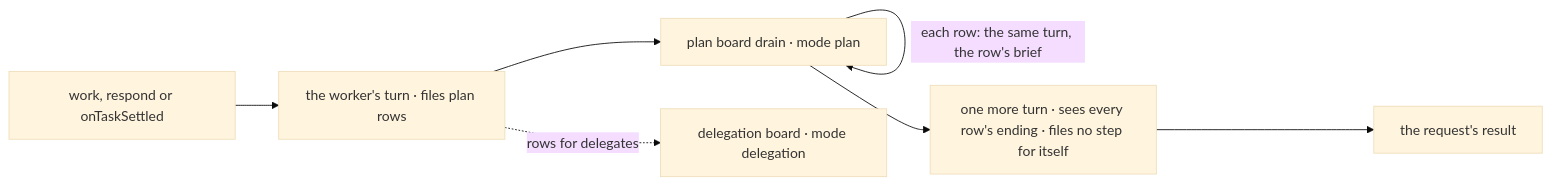
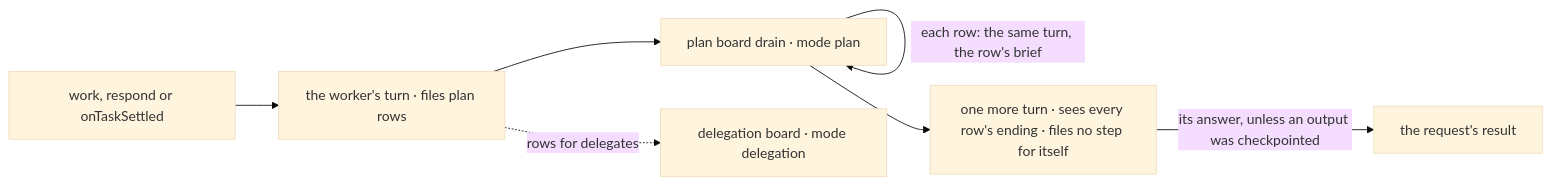
One commit to fixpoint-labs/flow-state-dev changed the second of 2 diagrams in specs/issues/FIX-2076/SPEC.md. Above: the diagram before and after it, drawn with Mermaid (base theme). The commit also changed other lines of this file and 2 other files, not shown here.

First line of the commit message:
spec(FIX-2076): the latest output checkpoint is the result, per owner sign-off

````diff
--- a/specs/issues/FIX-2076/SPEC.md
+++ b/specs/issues/FIX-2076/SPEC.md
@@ -81,9 +81,9 @@
 ```mermaid
 flowchart LR
   E["work, respond or onTaskSettled"] --> T["the worker's turn · files plan rows"]
   T --> D["plan board drain · mode plan"]
   D -->|"each row: the same turn, the row's brief"| D
   D --> A["one more turn · sees every row's ending · files no step for itself"]
-  A --> R["the request's result"]
+  A -->|"its answer, unless an output was checkpointed"| R["the request's result"]
   T -.->|"rows for delegates"| G["delegation board · mode delegation"]
 ```
````
